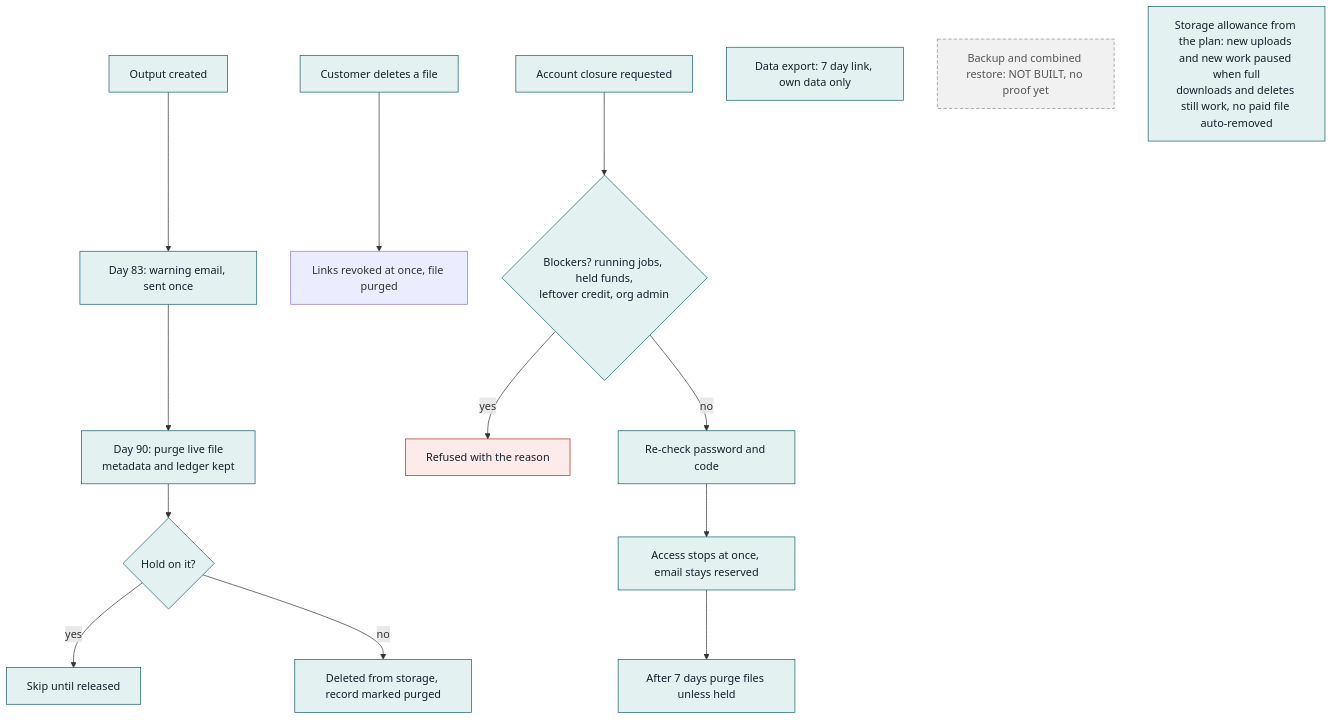
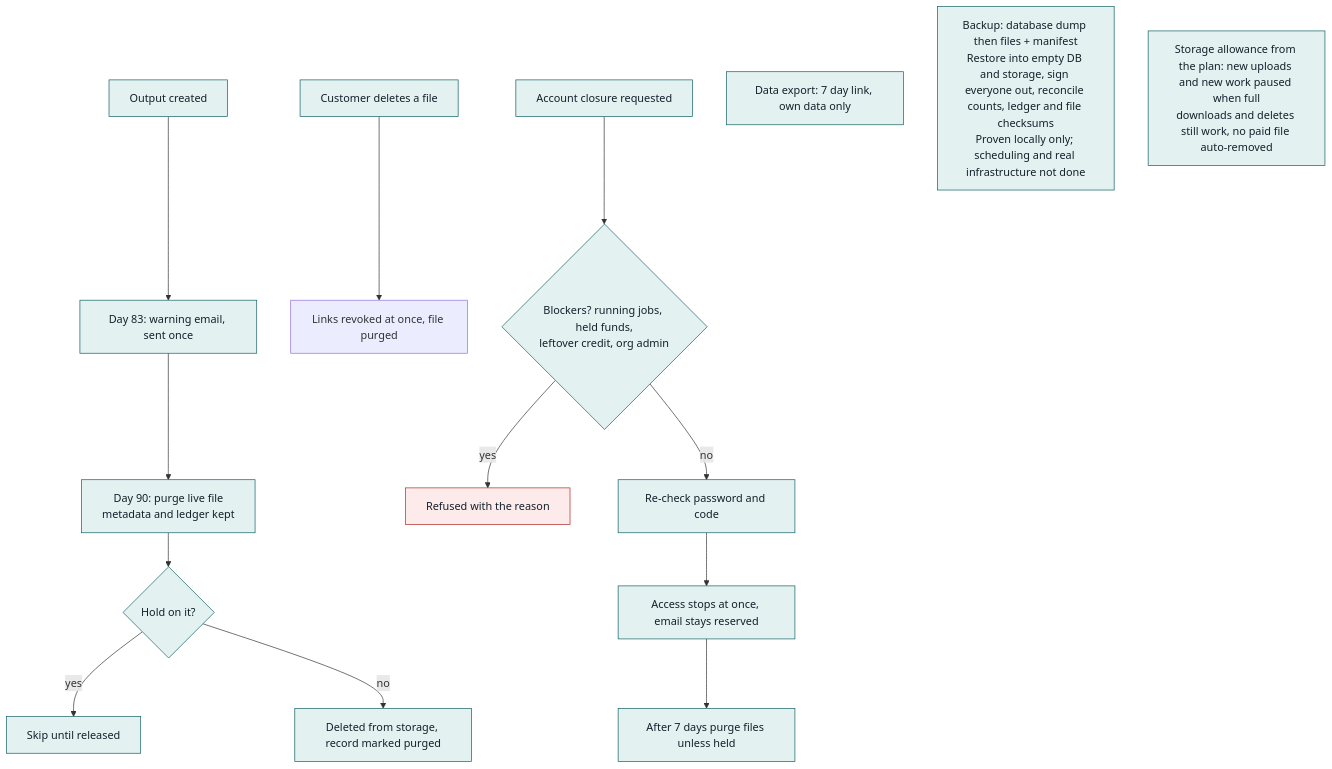
One commit to workmeridiangray-ops/aiprint changed the diagram in docs/flowcharts/12-retention-closure.mmd. Above: the diagram before and after it, drawn with Mermaid. The commit also changed 13 other files, not shown here.

First line of the commit message:
Backup and restore with reconciliation, restore drill test, runbook

```diff
--- a/docs/flowcharts/12-retention-closure.mmd
+++ b/docs/flowcharts/12-retention-closure.mmd
@@ -1,20 +1,20 @@
 %% 12. Retention, closure, quota and combined restore
 flowchart TD
   A["Output created"] --> B["Day 83: warning email, sent once"]
   B --> C["Day 90: purge live file<br/>metadata and ledger kept"]
   C --> H{"Hold on it?"}
   H -->|"yes"| K["Skip until released"]
   H -->|"no"| P["Deleted from storage, record marked purged"]
   U["Customer deletes a file"] --> V["Links revoked at once, file purged"]
   Z["Account closure requested"] --> Z1{"Blockers? running jobs, held funds,<br/>leftover credit, org admin"}
   Z1 -->|"yes"| ZX["Refused with the reason"]:::fail
   Z1 -->|"no"| Z2["Re-check password and code"]
   Z2 --> Z3["Access stops at once, email stays reserved"]
   Z3 --> Z4["After 7 days purge files unless held"]
   EX["Data export: 7 day link, own data only"]
-  BK["Backup and combined restore: NOT BUILT, no proof yet"]:::nb
+  BK["Backup: database dump then files + manifest<br/>Restore into empty DB and storage, sign everyone out, reconcile counts, ledger and file checksums<br/>Proven locally only; scheduling and real infrastructure not done"]
   QU["Storage allowance from the plan: new uploads and new work paused when full<br/>downloads and deletes still work, no paid file auto-removed"]
   classDef built fill:#e3f1f1,stroke:#0f5f63,color:#14202b
 classDef nb fill:#f1f1f1,stroke:#8a8a8a,stroke-dasharray:5 3,color:#555
 classDef fail fill:#fdeaea,stroke:#b3261e,color:#14202b
-  class QU,A,B,C,H,K,P,U,Z,Z1,Z2,Z3,Z4,EX built
+  class BK,QU,A,B,C,H,K,P,U,Z,Z1,Z2,Z3,Z4,EX built
```
